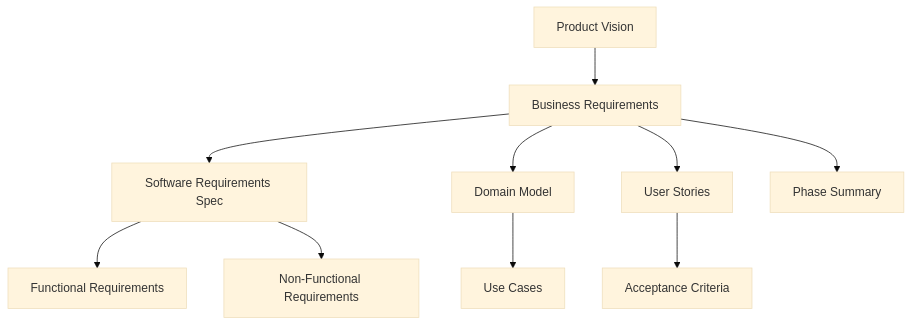
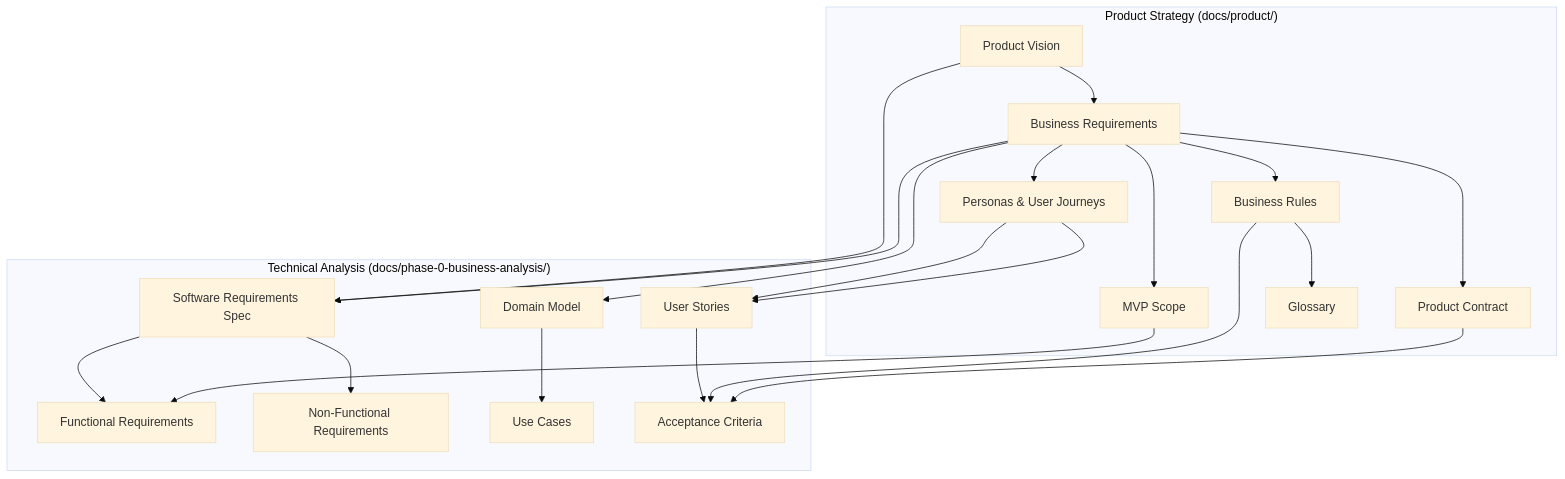
Before and after one commit to od3n/forecastiq: the first of 7 diagrams in .qoder/repowiki/en/content/Business Requirements & Analysis.md, drawn with Mermaid (base theme). The commit also changed other lines of this file and 3 other files, not shown here.

````diff
--- a/.qoder/repowiki/en/content/Business Requirements & Analysis.md
+++ b/.qoder/repowiki/en/content/Business Requirements & Analysis.md
@@ -42,12 +70,25 @@
 ```mermaid
 graph TB
-A["Product Vision"] --> B["Business Requirements"]
-B --> C["Software Requirements Spec"]
-C --> D["Functional Requirements"]
-C --> E["Non-Functional Requirements"]
-B --> F["Domain Model"]
-F --> G["Use Cases"]
-B --> H["User Stories"]
-H --> I["Acceptance Criteria"]
-B --> J["Phase Summary"]
+subgraph "Product Strategy (docs/product/)"
+PV["Product Vision"] --> BR["Business Requirements"]
+BR --> MVP["MVP Scope"]
+BR --> PERS["Personas & User Journeys"]
+BR --> RULES["Business Rules"]
+BR --> CONTRACT["Product Contract"]
+RULES --> GLOSSARY["Glossary"]
+end
+subgraph "Technical Analysis (docs/phase-0-business-analysis/)"
+SRS["Software Requirements Spec"] --> FR["Functional Requirements"]
+SRS --> NFR["Non-Functional Requirements"]
+BR --> DM["Domain Model"]
+DM --> UC["Use Cases"]
+PERS --> US["User Stories"]
+US --> AC["Acceptance Criteria"]
+end
+PV --> SRS
+BR --> SRS
+MVP --> FR
+PERS --> US
+RULES --> AC
+CONTRACT --> AC
 ```
````
